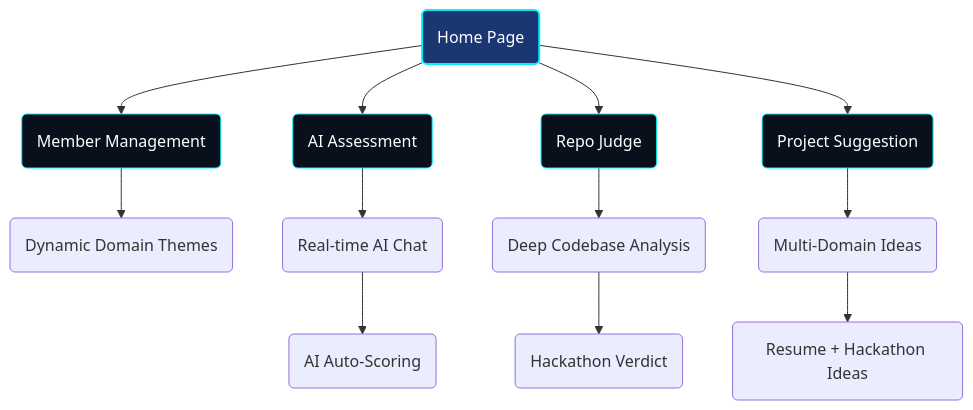
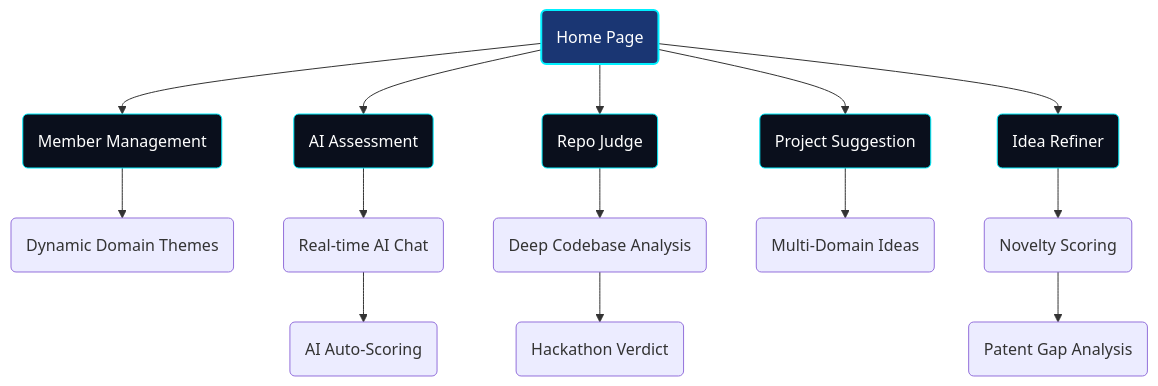
One commit to keshavmishra27/BlueprintAI changed the first of 2 diagrams in README.md. Above: the diagram before and after it, drawn with Mermaid. The commit also changed other lines of this file, not shown here.

````diff
--- a/README.md
+++ b/README.md
@@ -26,18 +26,21 @@
 ```mermaid
 graph TD
     Start(Home Page) --> Members(Member Management)
     Start --> Assessment(AI Assessment)
     Start --> RepoJudge(Repo Judge)
     Start --> ProjectSuggest(Project Suggestion)
+    Start --> IdeaRefiner(Idea Refiner)
     
     Members --> DomainTheming(Dynamic Domain Themes)
     Assessment --> Chat(Real-time AI Chat) --> Scoring(AI Auto-Scoring)
     RepoJudge --> CodeAnalysis(Deep Codebase Analysis) --> Verdict(Hackathon Verdict)
-    ProjectSuggest --> MultiDomain(Multi-Domain Ideas) --> ResumeHackathon(Resume + Hackathon Ideas)
+    ProjectSuggest --> MultiDomain(Multi-Domain Ideas)
+    IdeaRefiner(Idea Refiner) --> NoveltyScoring(Novelty Scoring) --> PatentAnalysis(Patent Gap Analysis)
     
     style Start fill:#1A3673,stroke:#00f0ff,stroke-width:2px,color:#fff
     style Members fill:#0A0F1C,stroke:#00f0ff,stroke-width:1px,color:#fff
     style Assessment fill:#0A0F1C,stroke:#00f0ff,stroke-width:1px,color:#fff
     style RepoJudge fill:#0A0F1C,stroke:#00f0ff,stroke-width:1px,color:#fff
     style ProjectSuggest fill:#0A0F1C,stroke:#00f0ff,stroke-width:1px,color:#fff
+    style IdeaRefiner fill:#0A0F1C,stroke:#00f0ff,stroke-width:1px,color:#fff
 ```
````
